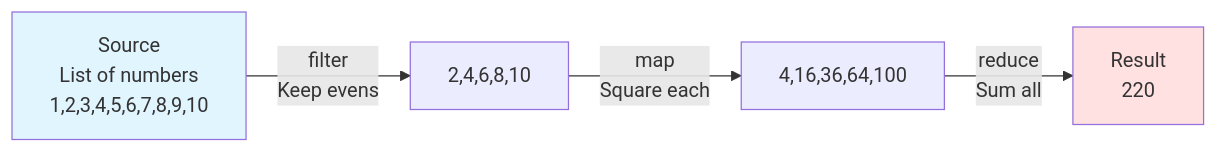
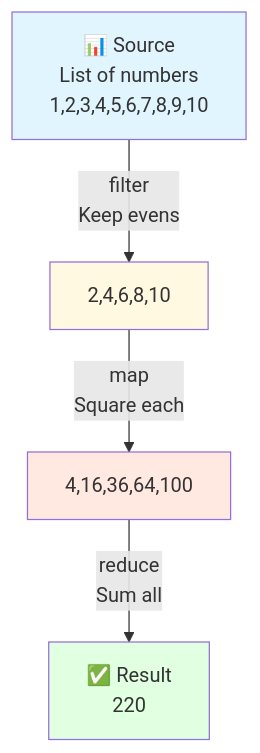
Before and after one commit to wahidyankf/open-sharia-enterprise: the diagram in docs/tutorials/software-engineering/programming-languages/java/tu-se-pl-ja__intermediate.md, drawn with Mermaid.

Commit message:
fix(tutorials): convert stream pipeline diagram to vertical flow
Change Intermediate tutorial's stream pipeline diagram from left-right (LR)
to top-down (TD) vertical flow for better mobile and document readability.

**Diagram Updates:**
- Convert: graph LR → graph TD (vertical orientation)
- Add: Color gradient through pipeline stages (blue → yellow → orange → green)
- Add: Semantic icons (📊 source, ✅ result) for clarity

**All Diagrams Now Vertical:**
- Quick Start: Control flow (graph TD) ✅
- Beginner: Inheritance hierarchy (classDiagram) ✅
- Intermediate: Stream pipeline (graph TD) ✅
- Advanced: Garbage collection (graph TD) ✅

This ensures optimal readability on mobile devices and follows accessibility
best practices for documentation diagrams.

````diff
--- a/docs/tutorials/software-engineering/programming-languages/java/tu-se-pl-ja__intermediate.md
+++ b/docs/tutorials/software-engineering/programming-languages/java/tu-se-pl-ja__intermediate.md
@@ -453,9 +453,11 @@
 ```mermaid
-graph LR
-    A[Source<br/>List of numbers<br/>1,2,3,4,5,6,7,8,9,10] -->|filter<br/>Keep evens| B[2,4,6,8,10]
-    B -->|map<br/>Square each| C[4,16,36,64,100]
-    C -->|reduce<br/>Sum all| D[Result<br/>220]
+graph TD
+    A["📊 Source<br/>List of numbers<br/>1,2,3,4,5,6,7,8,9,10"] -->|filter<br/>Keep evens| B["2,4,6,8,10"]
+    B -->|map<br/>Square each| C["4,16,36,64,100"]
+    C -->|reduce<br/>Sum all| D["✅ Result<br/>220"]
 
     style A fill:#e1f5ff
-    style D fill:#ffe1e1
+    style B fill:#fff9e1
+    style C fill:#ffe9e1
+    style D fill:#e1ffe1
 ```
````
